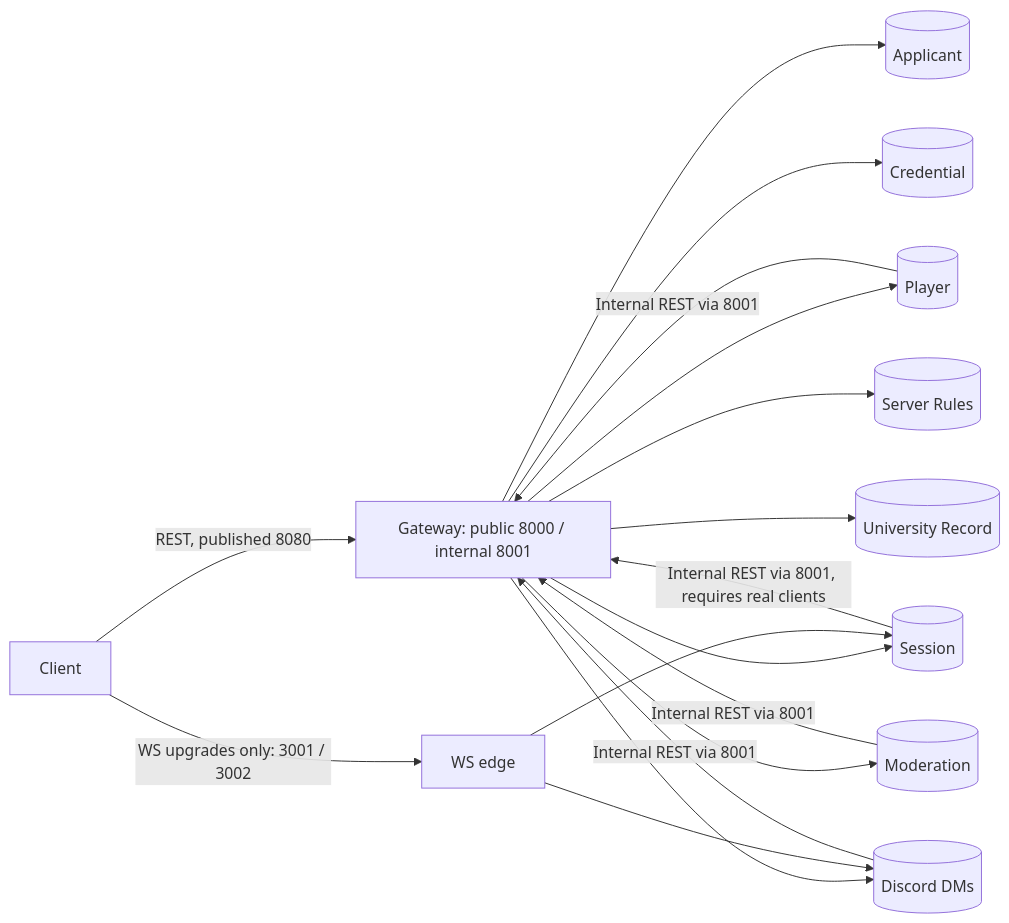
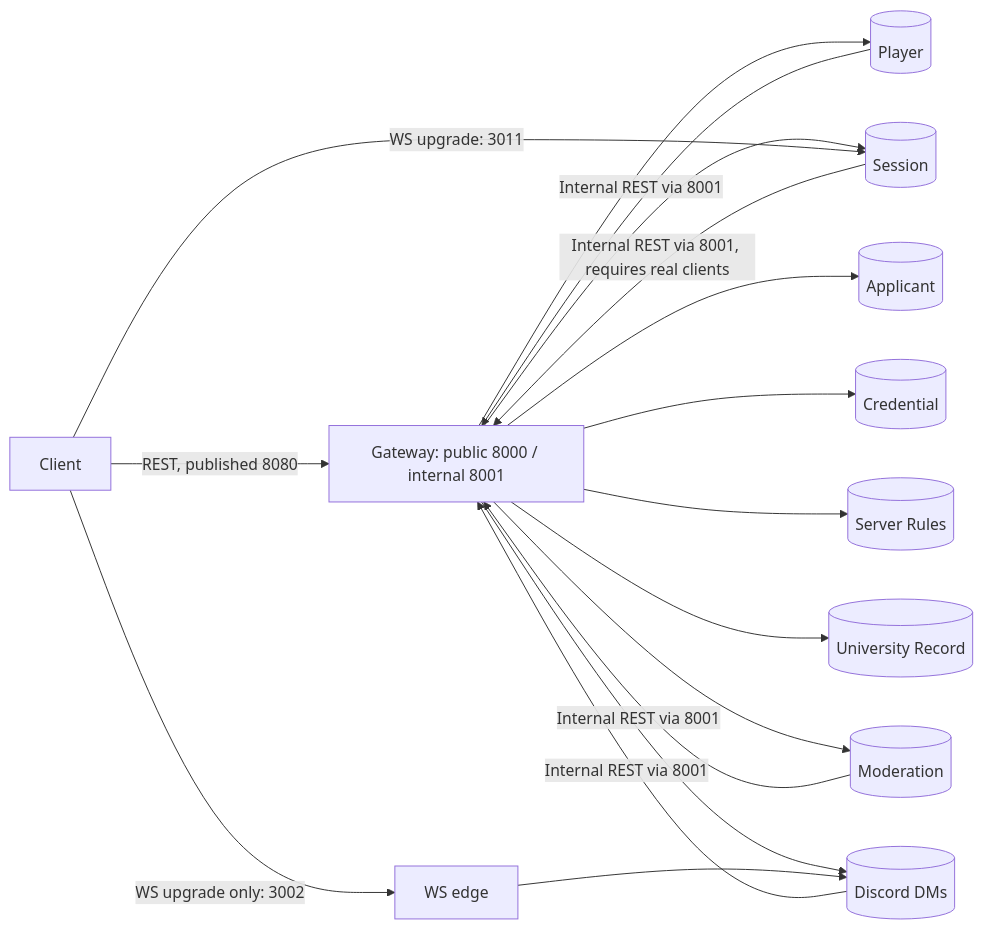
The diagram in README.md (georgerabus/PAD-team-20), drawn with Mermaid before and after one commit. The commit also changed other lines of this file and 7 other files, not shown here.

````diff
--- a/README.md
+++ b/README.md
@@ -67,19 +67,19 @@
 ```mermaid
 flowchart LR
     client[Client] -->|REST, published 8080| gateway[Gateway: public 8000 / internal 8001]
     gateway --> player[(Player)]
     gateway --> session[(Session)]
     gateway --> applicant[(Applicant)]
     gateway --> credential[(Credential)]
     gateway --> rules[(Server Rules)]
     gateway --> records[(University Record)]
     gateway --> moderation[(Moderation)]
     gateway --> dm[(Discord DMs)]
     player -->|Internal REST via 8001| gateway
     session -->|Internal REST via 8001, requires real clients| gateway
     moderation -->|Internal REST via 8001| gateway
     dm -->|Internal REST via 8001| gateway
-    client -->|WS upgrades only: 3001 / 3002| ws[WS edge]
-    ws --> session
+    client -->|WS upgrade: 3011| session
+    client -->|WS upgrade only: 3002| ws[WS edge]
     ws --> dm
 ```
````
